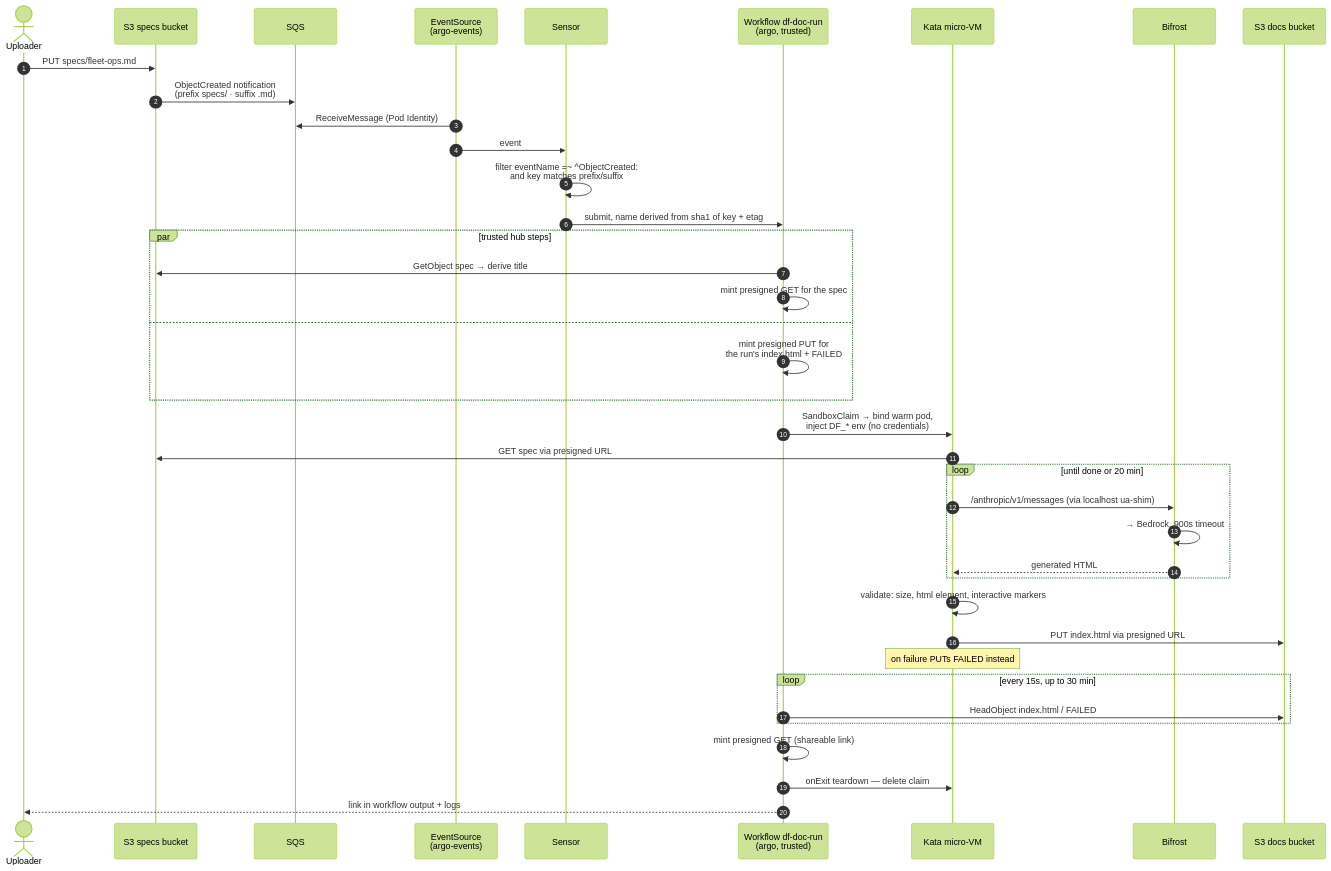
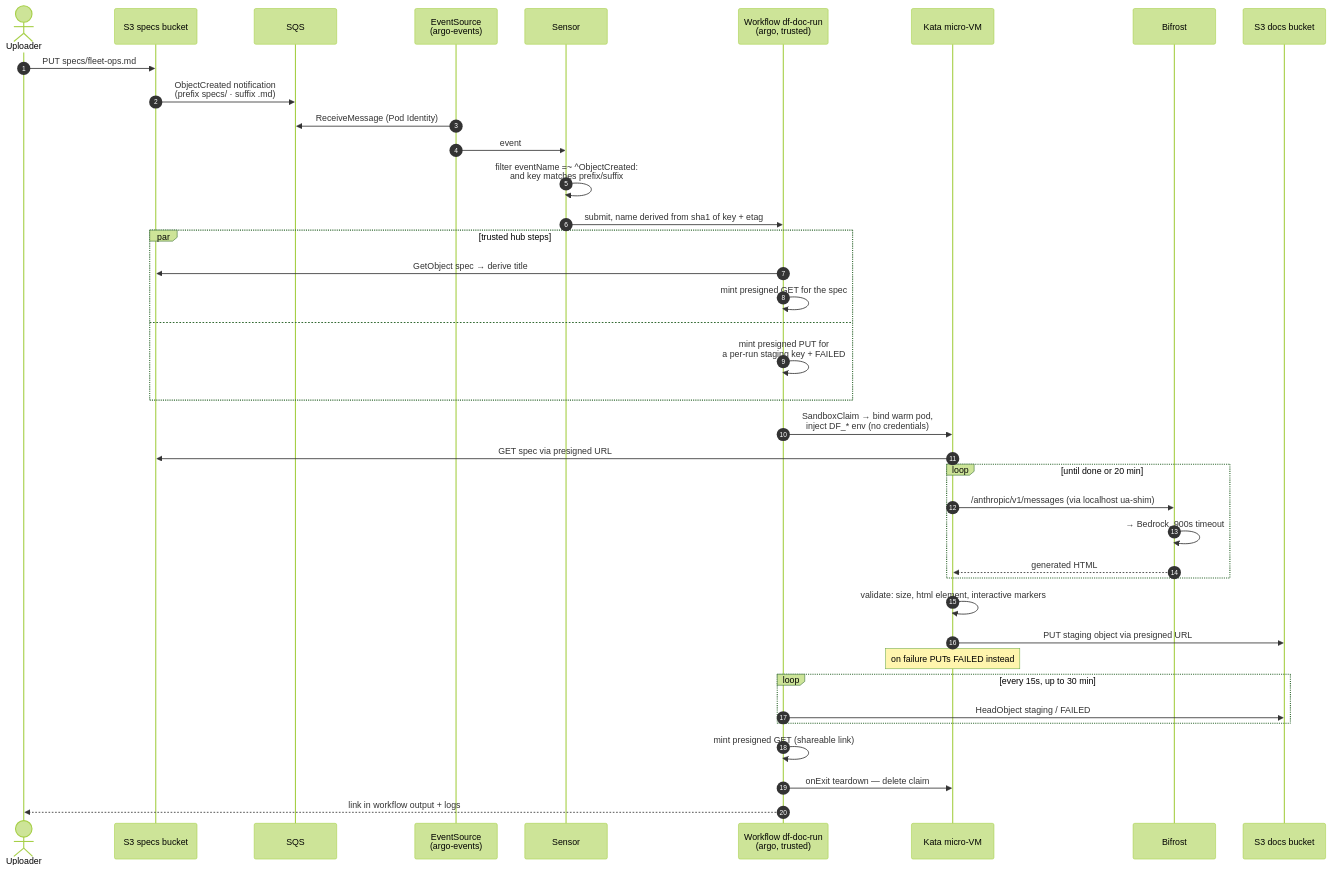
The second of 11 diagrams in docs/dark-factory/PROTOTYPE-PIPELINE-ARCHITECTURE.md (jjdeo/open-agentic-platform), drawn with Mermaid (forest theme) before and after one commit. The commit also changed other lines of this file and 4 other files, not shown here.

````diff
--- a/docs/dark-factory/PROTOTYPE-PIPELINE-ARCHITECTURE.md
+++ b/docs/dark-factory/PROTOTYPE-PIPELINE-ARCHITECTURE.md
@@ -69,45 +69,45 @@
 ```mermaid
 sequenceDiagram
     autonumber
     actor U as Uploader
     participant S3I as S3 specs bucket
     participant Q as SQS
     participant ES as EventSource<br/>(argo-events)
     participant SE as Sensor
     participant WF as Workflow df-doc-run<br/>(argo, trusted)
     participant SB as Kata micro-VM
     participant BF as Bifrost
     participant S3O as S3 docs bucket
 
     U->>S3I: PUT specs/fleet-ops.md
     S3I->>Q: ObjectCreated notification<br/>(prefix specs/ · suffix .md)
     ES->>Q: ReceiveMessage (Pod Identity)
     ES->>SE: event
     SE->>SE: filter eventName =~ ^ObjectCreated:<br/>and key matches prefix/suffix
     SE->>WF: submit, name derived from sha1 of key + etag
 
     par trusted hub steps
         WF->>S3I: GetObject spec → derive title
         WF->>WF: mint presigned GET for the spec
     and
-        WF->>WF: mint presigned PUT for<br/>the run's index.html + FAILED
+        WF->>WF: mint presigned PUT for<br/>a per-run staging key + FAILED
     end
 
     WF->>SB: SandboxClaim → bind warm pod,<br/>inject DF_* env (no credentials)
     SB->>S3I: GET spec via presigned URL
     loop until done or 20 min
         SB->>BF: /anthropic/v1/messages (via localhost ua-shim)
         BF->>BF: → Bedrock, 900s timeout
         BF-->>SB: generated HTML
     end
     SB->>SB: validate: size, html element, interactive markers
-    SB->>S3O: PUT index.html via presigned URL
+    SB->>S3O: PUT staging object via presigned URL
     note over SB: on failure PUTs FAILED instead
 
     loop every 15s, up to 30 min
-        WF->>S3O: HeadObject index.html / FAILED
+        WF->>S3O: HeadObject staging / FAILED
     end
     WF->>WF: mint presigned GET (shareable link)
     WF->>SB: onExit teardown — delete claim
     WF-->>U: link in workflow output + logs
 ```
````
